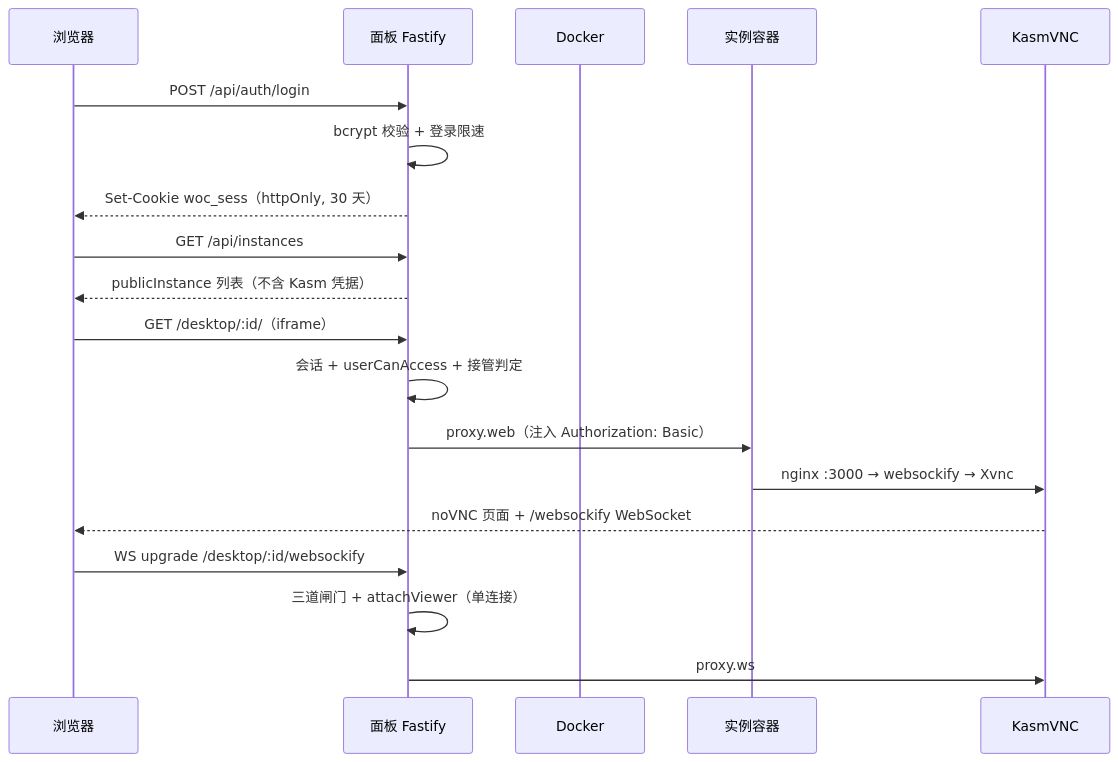
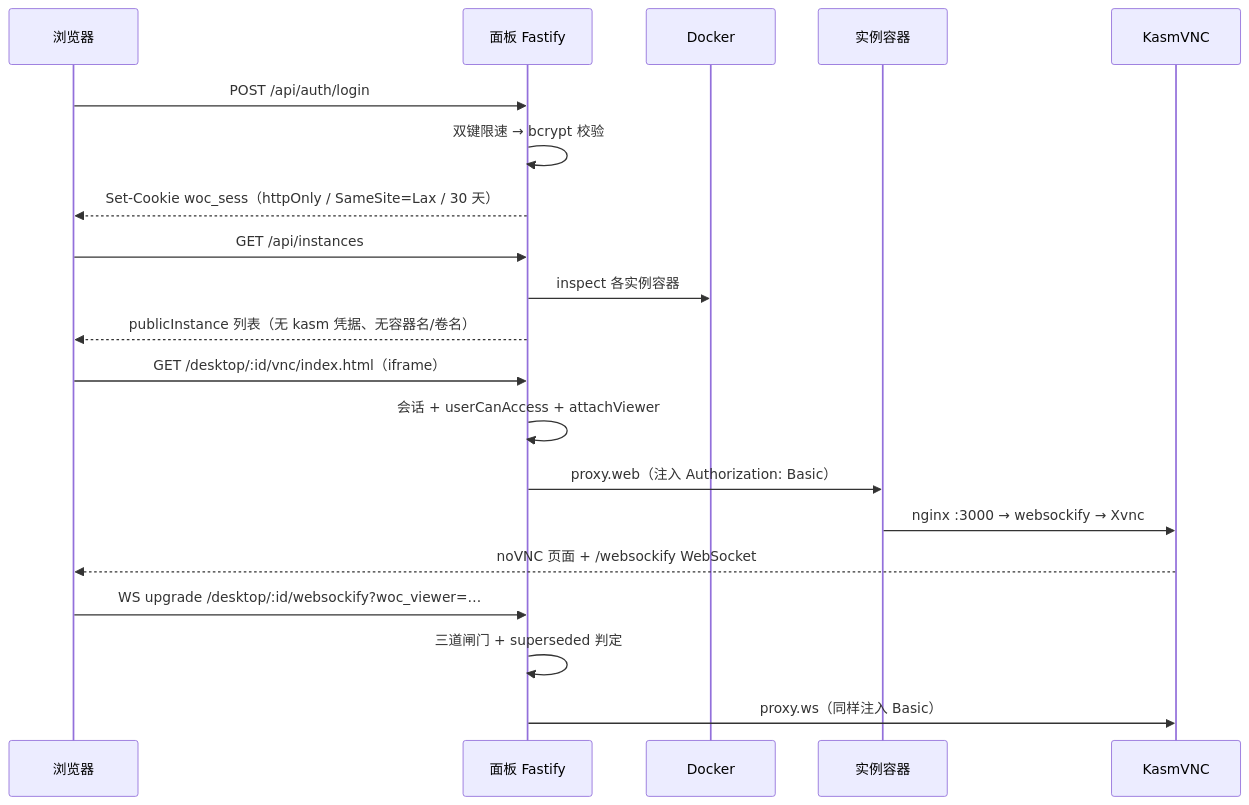
The second of 2 diagrams in 03-infra/WechatOnCloud/02-architecture.md (FlyForkFork/ForkYou), drawn with Mermaid before and after one commit. The commit also changed other lines of this file and 16 other files, not shown here.

````diff
--- a/03-infra/WechatOnCloud/02-architecture.md
+++ b/03-infra/WechatOnCloud/02-architecture.md
@@ -36,21 +44,22 @@
 ```mermaid
 sequenceDiagram
   participant B as 浏览器
   participant P as 面板 Fastify
   participant D as Docker
   participant I as 实例容器
   participant K as KasmVNC
   B->>P: POST /api/auth/login
-  P->>P: bcrypt 校验 + 登录限速
-  P-->>B: Set-Cookie woc_sess（httpOnly, 30 天）
+  P->>P: 双键限速 → bcrypt 校验
+  P-->>B: Set-Cookie woc_sess（httpOnly / SameSite=Lax / 30 天）
   B->>P: GET /api/instances
-  P-->>B: publicInstance 列表（不含 Kasm 凭据）
-  B->>P: GET /desktop/:id/（iframe）
-  P->>P: 会话 + userCanAccess + 接管判定
+  P->>D: inspect 各实例容器
+  P-->>B: publicInstance 列表（无 kasm 凭据、无容器名/卷名）
+  B->>P: GET /desktop/:id/vnc/index.html（iframe）
+  P->>P: 会话 + userCanAccess + attachViewer
   P->>I: proxy.web（注入 Authorization: Basic）
   I->>K: nginx :3000 → websockify → Xvnc
   K-->>B: noVNC 页面 + /websockify WebSocket
-  B->>P: WS upgrade /desktop/:id/websockify
-  P->>P: 三道闸门 + attachViewer（单连接）
-  P->>K: proxy.ws
+  B->>P: WS upgrade /desktop/:id/websockify?woc_viewer=…
+  P->>P: 三道闸门 + superseded 判定
+  P->>K: proxy.ws（同样注入 Basic）
 ```
````
